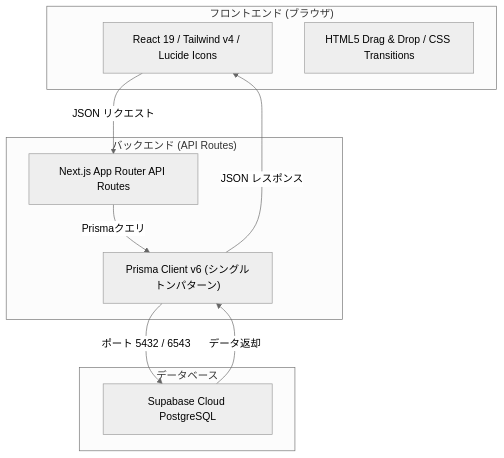
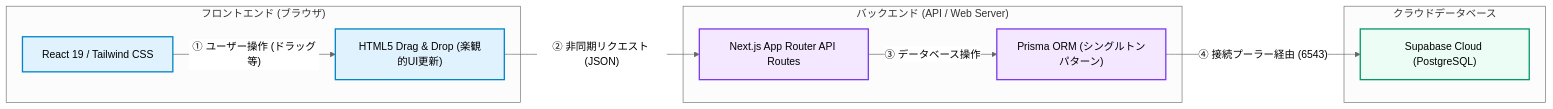
The first of 2 diagrams in README.md (kojiro-tsuji/task-app-asana-clone), drawn with Mermaid (neutral theme) before and after one commit. The commit also changed other lines of this file, not shown here.

Commit message:
docs: improve architecture diagram readability and secure Project ID in README.md

````diff
--- a/README.md
+++ b/README.md
@@ -30,22 +30,26 @@
 ```mermaid
-graph TD
+graph LR
+    %% スタイル定義
+    classDef client fill:#e0f2fe,stroke:#0284c7,stroke-width:2px;
+    classDef server fill:#f3e8ff,stroke:#7c3aed,stroke-width:2px;
+    classDef db fill:#ecfdf5,stroke:#059669,stroke-width:2px;
+
     subgraph Client ["フロントエンド (ブラウザ)"]
-        UI["React 19 / Tailwind v4 / Lucide Icons"]
-        Dnd["HTML5 Drag & Drop / CSS Transitions"]
+        UI["React 19 / Tailwind CSS"]:::client
+        Dnd["HTML5 Drag & Drop (楽観的UI更新)"]:::client
     end
 
-    subgraph Backend ["バックエンド (API Routes)"]
-        NextAPI["Next.js App Router API Routes"]
-        Prisma["Prisma Client v6 (シングルトンパターン)"]
+    subgraph Backend ["バックエンド (API / Web Server)"]
+        NextAPI["Next.js App Router API Routes"]:::server
+        Prisma["Prisma ORM (シングルトンパターン)"]:::server
     end
 
-    subgraph Database ["データベース"]
-        SupaDB["Supabase Cloud PostgreSQL"]
+    subgraph Database ["クラウドデータベース"]
+        SupaDB["Supabase Cloud (PostgreSQL)"]:::db
     end
 
-    UI -->|JSON リクエスト| NextAPI
-    NextAPI -->|Prismaクエリ| Prisma
-    Prisma -->|ポート 5432 / 6543| SupaDB
-    SupaDB -->|データ返却| Prisma
-    Prisma -->|JSON レスポンス| UI
+    UI -->|"① ユーザー操作 (ドラッグ等)"| Dnd
+    Dnd -->|"② 非同期リクエスト (JSON)"| NextAPI
+    NextAPI -->|"③ データベース操作"| Prisma
+    Prisma -->|"④ 接続プーラー経由 (6543)"| SupaDB
 ```
````
